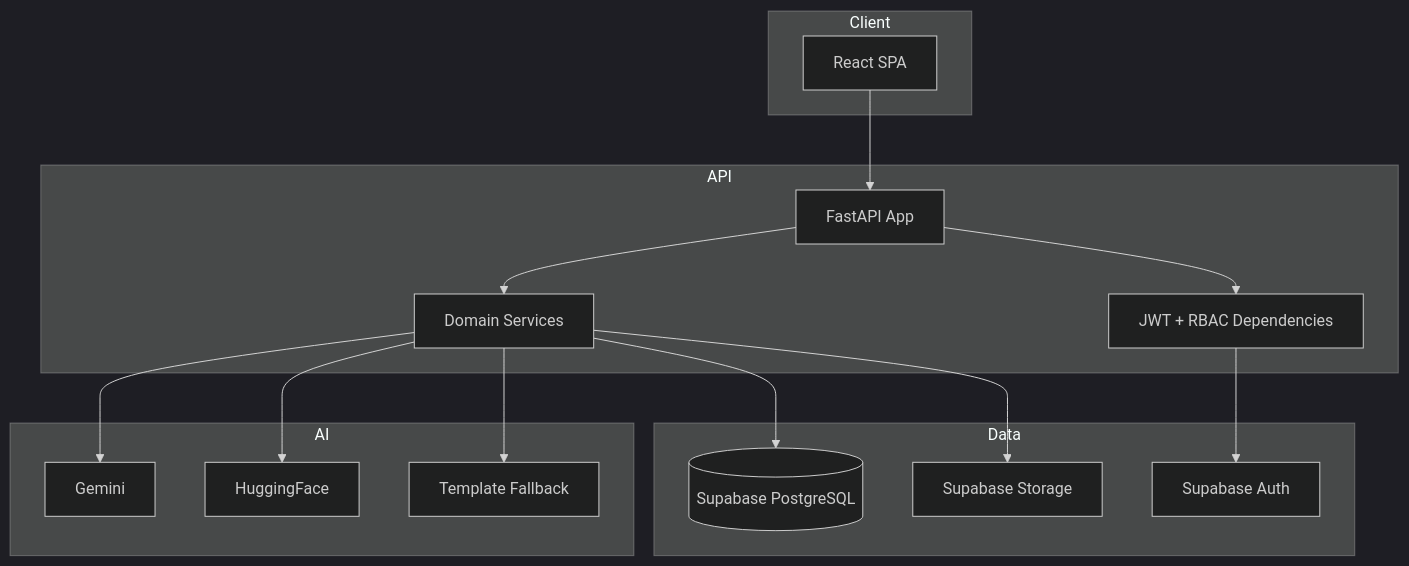
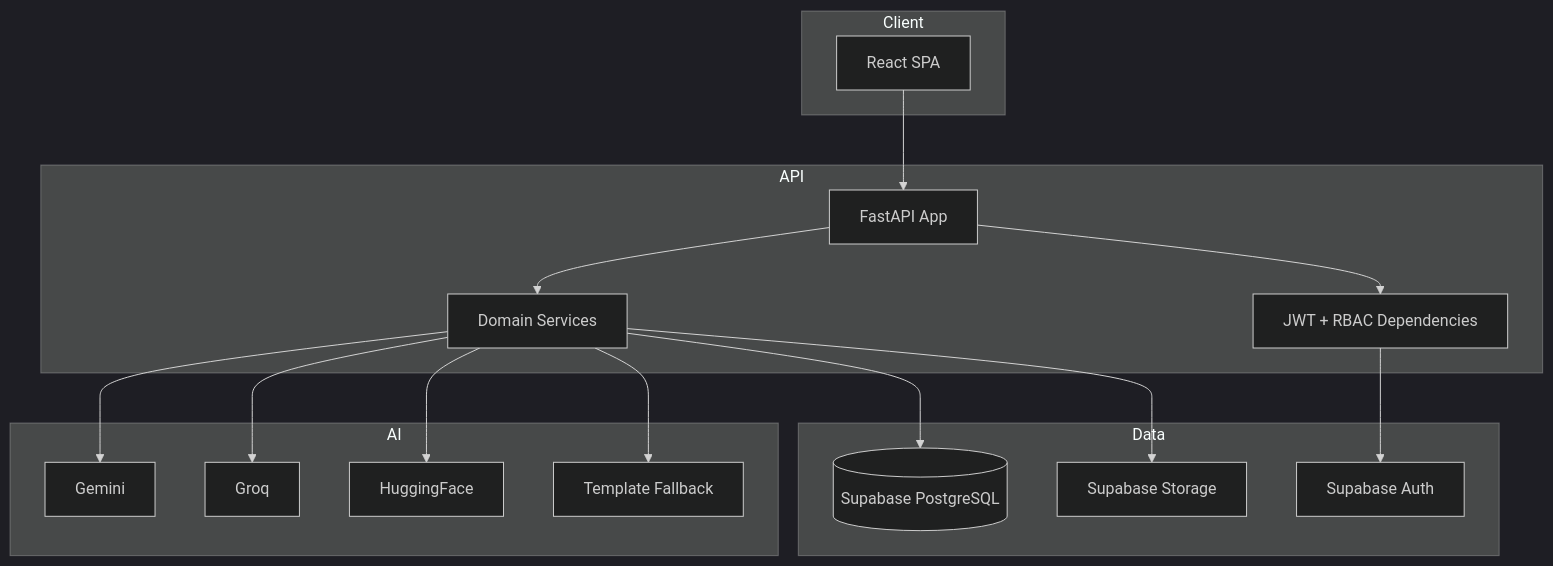
Before and after one commit to pranavvenu12/ai-hiring-os: the first of 6 diagrams in docs/SYSTEM_DESIGN_DEEP_DIVE.md, drawn with Mermaid (dark theme). The commit also changed other lines of this file and 2 other files, not shown here.

Commit message:
docs: update schema and architecture docs with candidate intelligence and groq fallback

````diff
--- a/docs/SYSTEM_DESIGN_DEEP_DIVE.md
+++ b/docs/SYSTEM_DESIGN_DEEP_DIVE.md
@@ -9,30 +9,32 @@
 ```mermaid
 graph TB
     subgraph Client
         React[React SPA]
     end
     subgraph API
         FastAPI[FastAPI App]
         RBAC[JWT + RBAC Dependencies]
         Services[Domain Services]
     end
     subgraph Data
         Postgres[(Supabase PostgreSQL)]
         Storage[Supabase Storage]
         Auth[Supabase Auth]
     end
     subgraph AI
         Gemini[Gemini]
+        Groq[Groq]
         HF[HuggingFace]
         Template[Template Fallback]
     end
     React --> FastAPI
     FastAPI --> RBAC
     RBAC --> Auth
     FastAPI --> Services
     Services --> Postgres
     Services --> Storage
     Services --> Gemini
+    Services --> Groq
     Services --> HF
     Services --> Template
 ```
````
